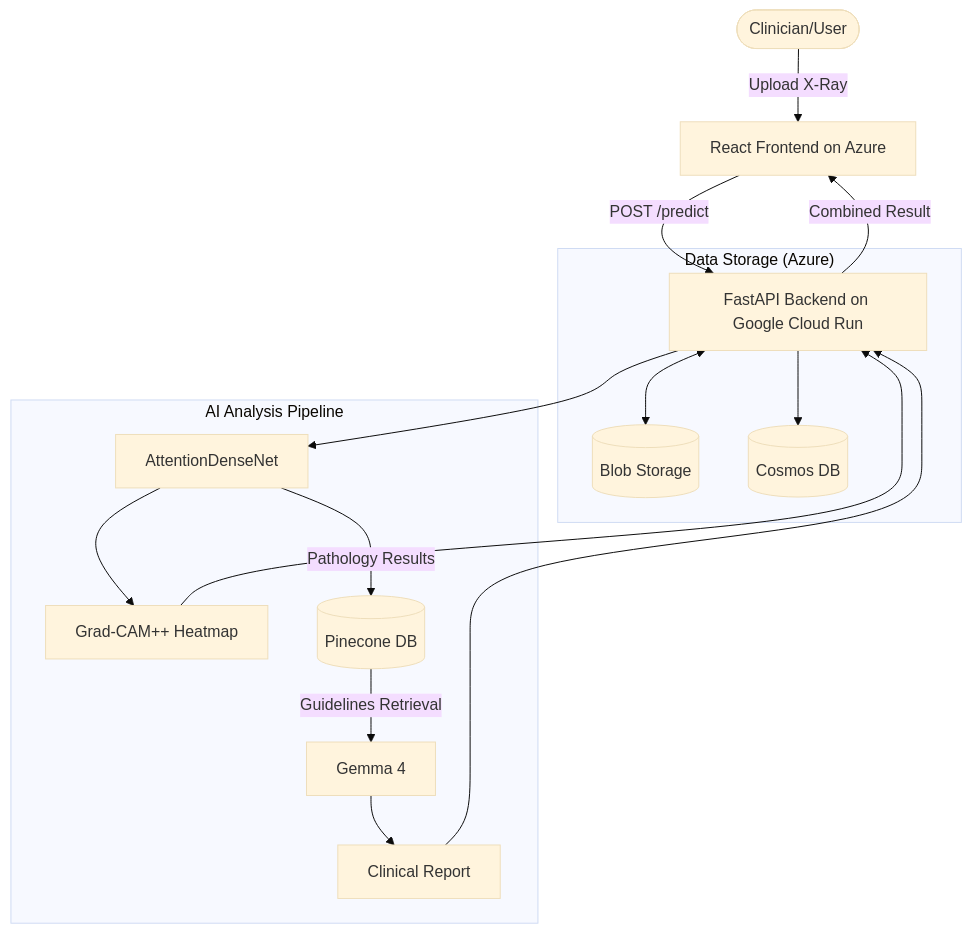
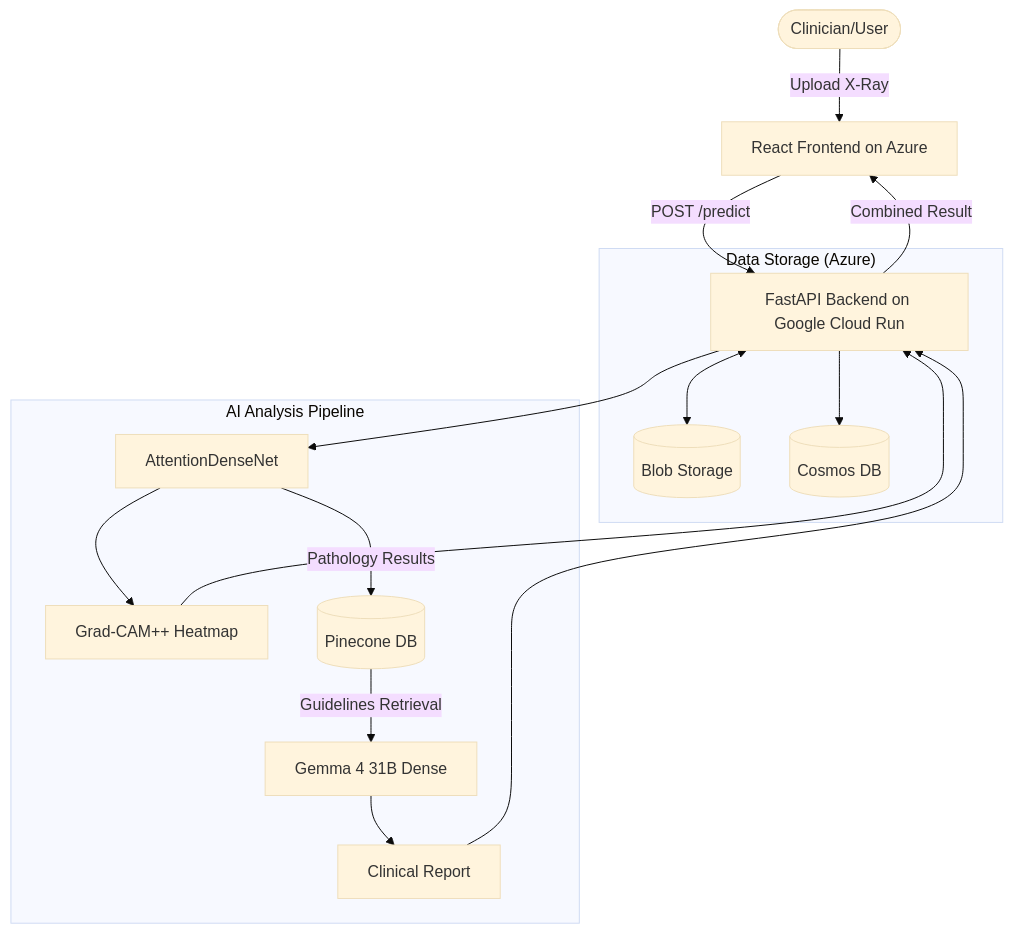
The diagram in README.md (anaCS-26/Pulmolens-model), drawn with Mermaid (base theme) before and after one commit. The commit also changed other lines of this file and 4 other files, not shown here.

````diff
--- a/README.md
+++ b/README.md
@@ -73,23 +73,23 @@
 ```mermaid
 graph TD
     User([Clinician/User]) -->|Upload X-Ray| FE[React Frontend on Azure]
     FE -->|POST /predict| BE[FastAPI Backend on Google Cloud Run]
     
     subgraph "Data Storage (Azure)"
         BE <--> BLOB[(Blob Storage)]
         BE --> COSMOS[(Cosmos DB)]
     end
     
     subgraph "AI Analysis Pipeline"
         BE --> MODEL[AttentionDenseNet]
         MODEL --> HEATMAP[Grad-CAM++ Heatmap]
         
         MODEL -->|"Pathology Results"| PINDEX[(Pinecone DB)]
-        PINDEX -->|"Guidelines Retrieval"| LLM[Gemma 4]
+        PINDEX -->|"Guidelines Retrieval"| LLM[Gemma 4 31B Dense]
         LLM --> REPORT[Clinical Report]
     end
     
     REPORT --> BE
     HEATMAP --> BE
     BE -->|Combined Result| FE
 ```
````
